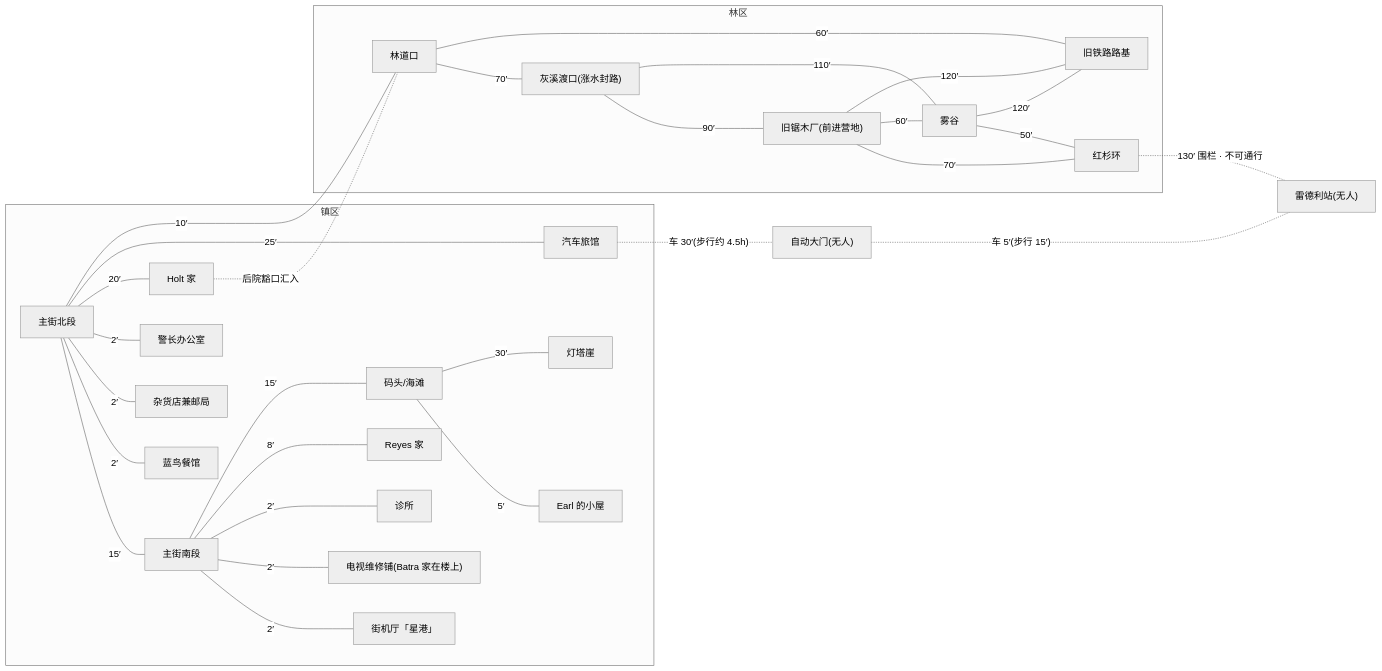
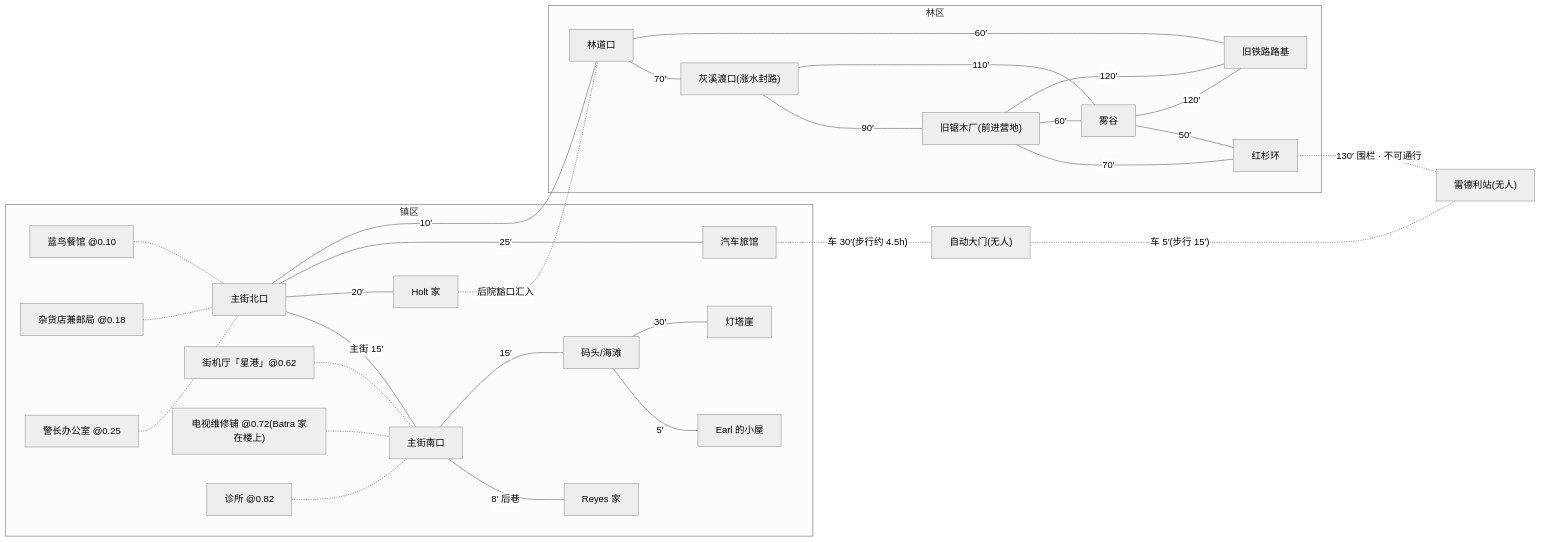
One commit to Ocisly14/Role-Play-Engine changed the diagram in testmods/grayhaven/DESIGN.md. Above: the diagram before and after it, drawn with Mermaid (neutral theme). The commit also changed other lines of this file and 129 other files, not shown here.

````diff
--- a/testmods/grayhaven/DESIGN.md
+++ b/testmods/grayhaven/DESIGN.md
@@ -221,34 +222,34 @@
 ```mermaid
 graph LR
   subgraph 镇区
-    北段["主街北段"] ---|"15′"| 南段["主街南段"]
-    北段 ---|"2′"| 餐馆["蓝鸟餐馆"]
-    北段 ---|"2′"| 杂货["杂货店兼邮局"]
-    北段 ---|"2′"| 警局["警长办公室"]
-    北段 ---|"20′"| Holt["Holt 家"]
-    北段 ---|"25′"| 旅馆["汽车旅馆"]
-    南段 ---|"2′"| 街机["街机厅「星港」"]
-    南段 ---|"2′"| 维修["电视维修铺(Batra 家在楼上)"]
-    南段 ---|"2′"| 诊所["诊所"]
-    南段 ---|"8′"| Reyes["Reyes 家"]
-    南段 ---|"15′"| 码头["码头/海滩"]
+    北口["主街北口"] ---|"主街 15′"| 南口["主街南口"]
+    餐馆["蓝鸟餐馆 @0.10"] -.- 北口
+    杂货["杂货店兼邮局 @0.18"] -.- 北口
+    警局["警长办公室 @0.25"] -.- 北口
+    街机["街机厅「星港」@0.62"] -.- 南口
+    维修["电视维修铺 @0.72(Batra 家在楼上)"] -.- 南口
+    诊所["诊所 @0.82"] -.- 南口
+    北口 ---|"20′"| Holt["Holt 家"]
+    北口 ---|"25′"| 旅馆["汽车旅馆"]
+    南口 ---|"8′ 后巷"| Reyes["Reyes 家"]
+    南口 ---|"15′"| 码头["码头/海滩"]
     码头 ---|"5′"| Earl屋["Earl 的小屋"]
     码头 ---|"30′"| 灯塔["灯塔崖"]
   end
   subgraph 林区
     林道口 ---|"70′"| 灰溪["灰溪渡口(涨水封路)"]
     林道口 ---|"60′"| 路基["旧铁路路基"]
     灰溪 ---|"90′"| 锯木厂["旧锯木厂(前进营地)"]
     路基 ---|"120′"| 锯木厂
     锯木厂 ---|"70′"| 红杉环["红杉环"]
     锯木厂 ---|"60′"| 雾谷["雾谷"]
     雾谷 ---|"50′"| 红杉环
     雾谷 ---|"110′"| 灰溪
     雾谷 ---|"120′"| 路基
   end
-  北段 ---|"10′"| 林道口["林道口"]
+  北口 ---|"10′"| 林道口["林道口"]
   Holt -."后院豁口汇入".- 林道口
   旅馆 -."车 30′(步行约 4.5h)".- 大门["自动大门(无人)"]
   大门 -."车 5′(步行 15′)".- 站["雷德利站(无人)"]
   红杉环 -."130′ 围栏 · 不可通行".- 站
 ```
````
